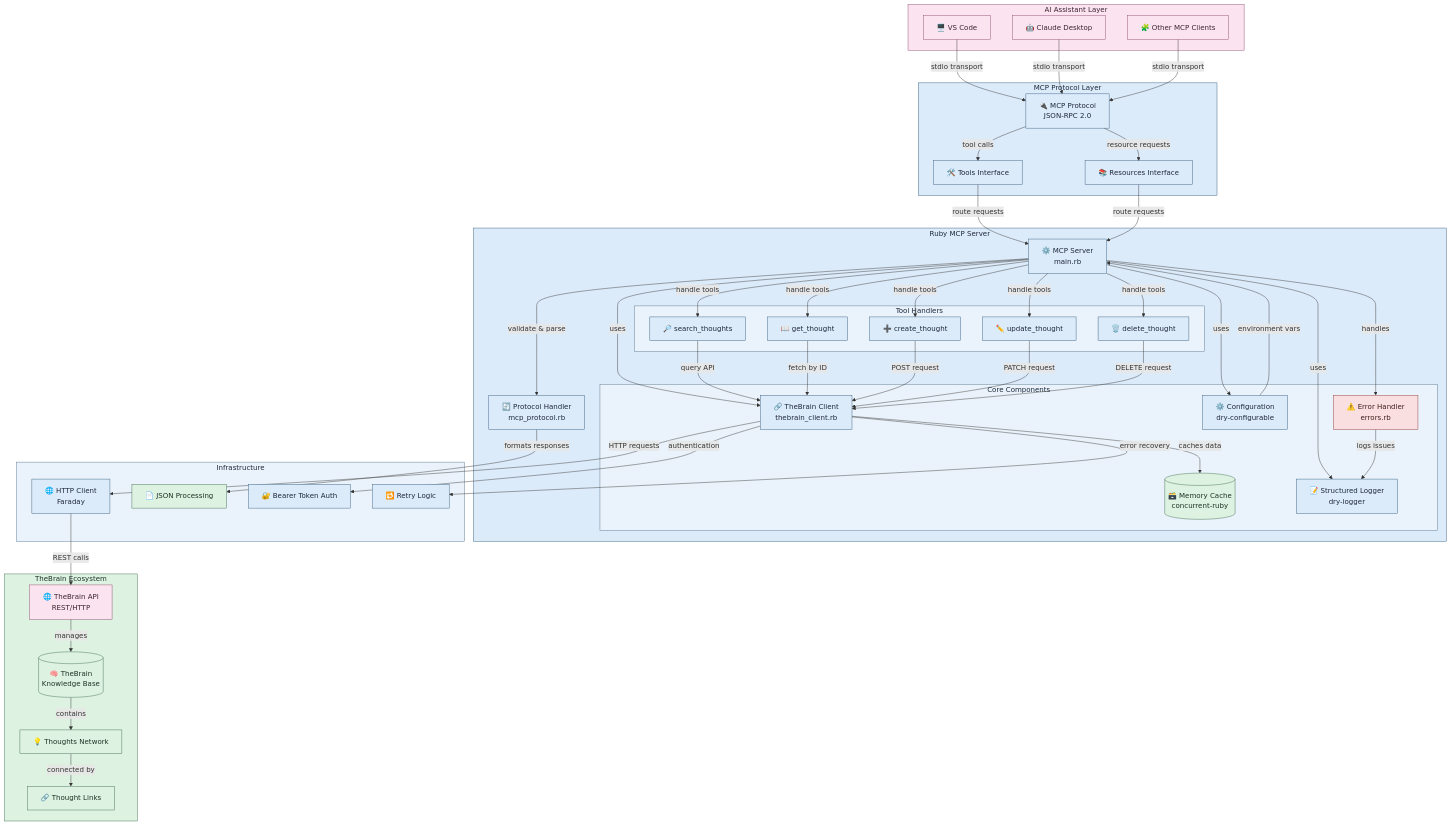
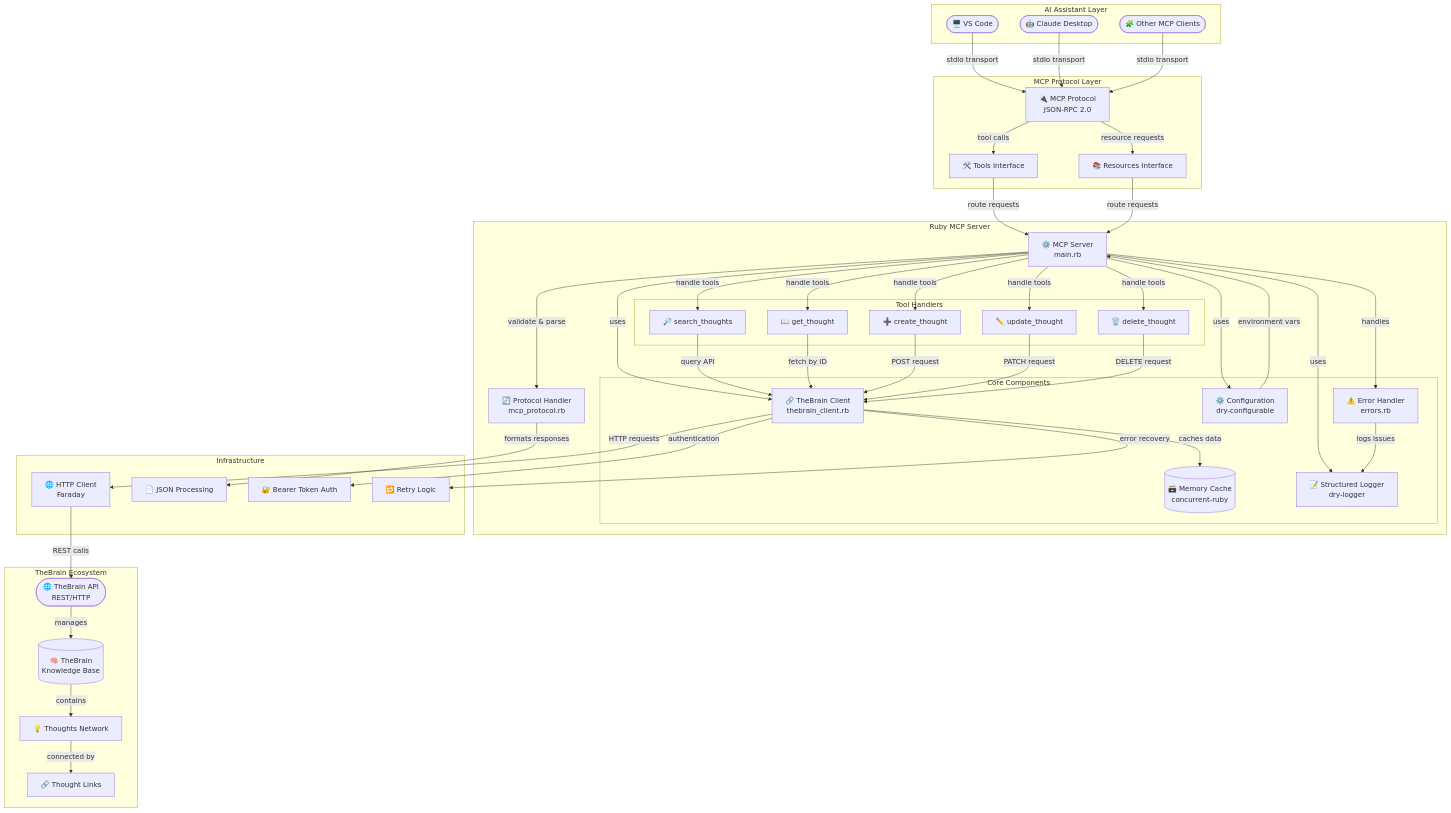
One commit to enogrob/project-thebrain-mcp-server changed the first of 4 diagrams in README.md. Above: the diagram before and after it, drawn with Mermaid. The commit also changed other lines of this file and 1 other file, not shown here.

````diff
--- a/README.md
+++ b/README.md
@@ -42,9 +32,9 @@
 ```mermaid
-graph TB
+flowchart TD
     subgraph assistants["AI Assistant Layer"]
-        VS[🖥️ VS Code]
-        Claude[🤖 Claude Desktop]
-        LLM[🧩 Other MCP Clients]
+    VS([🖥️ VS Code])
+    Claude([🤖 Claude Desktop])
+    LLM([🧩 Other MCP Clients])
     end
     
     subgraph protocol["MCP Protocol Layer"]
@@ -75,7 +65,7 @@
     end
     
     subgraph ecosystem["TheBrain Ecosystem"]
-        API[🌐 TheBrain API<br/>REST/HTTP]
+        API([🌐 TheBrain API<br/>REST/HTTP])
         Brain[(🧠 TheBrain<br/>Knowledge Base)]
         Thoughts[💡 Thoughts Network]
         Links[🔗 Thought Links]
@@ -135,20 +125,4 @@
     Errors -->|"logs issues"| Logger
     Config -->|"environment vars"| Server
 
-    classDef process fill:#DCEBFA,stroke:#355C7D,color:#1E293B;
-    classDef data fill:#DDF2E1,stroke:#3F6B4F,color:#1E3324;
-    classDef external fill:#FBE4F0,stroke:#8E496D,color:#3F2434;
-    classDef failure fill:#F9DFDF,stroke:#8C3A3A,color:#401E1E;
-    class MCP,Tools,Resources,Server,Protocol,Client,Config,Logger,Search,Get,Create,Update,Delete,HTTP,Auth,Retry process;
-    class Cache,JSON,Brain,Thoughts,Links data;
-    class VS,Claude,LLM,API external;
-    class Errors failure;
-
-    style assistants fill:#FBE4F0,stroke:#8E496D,color:#3F2434;
-    style protocol fill:#DCEBFA,stroke:#355C7D,color:#1E293B;
-    style serverLayer fill:#DCEBFA,stroke:#355C7D,color:#1E293B;
-    style core fill:#EAF3FB,stroke:#56738D,color:#1E293B;
-    style handlers fill:#EAF3FB,stroke:#56738D,color:#1E293B;
-    style ecosystem fill:#DDF2E1,stroke:#3F6B4F,color:#1E3324;
-    style infrastructure fill:#EAF3FB,stroke:#56738D,color:#1E293B;
 ```
````
